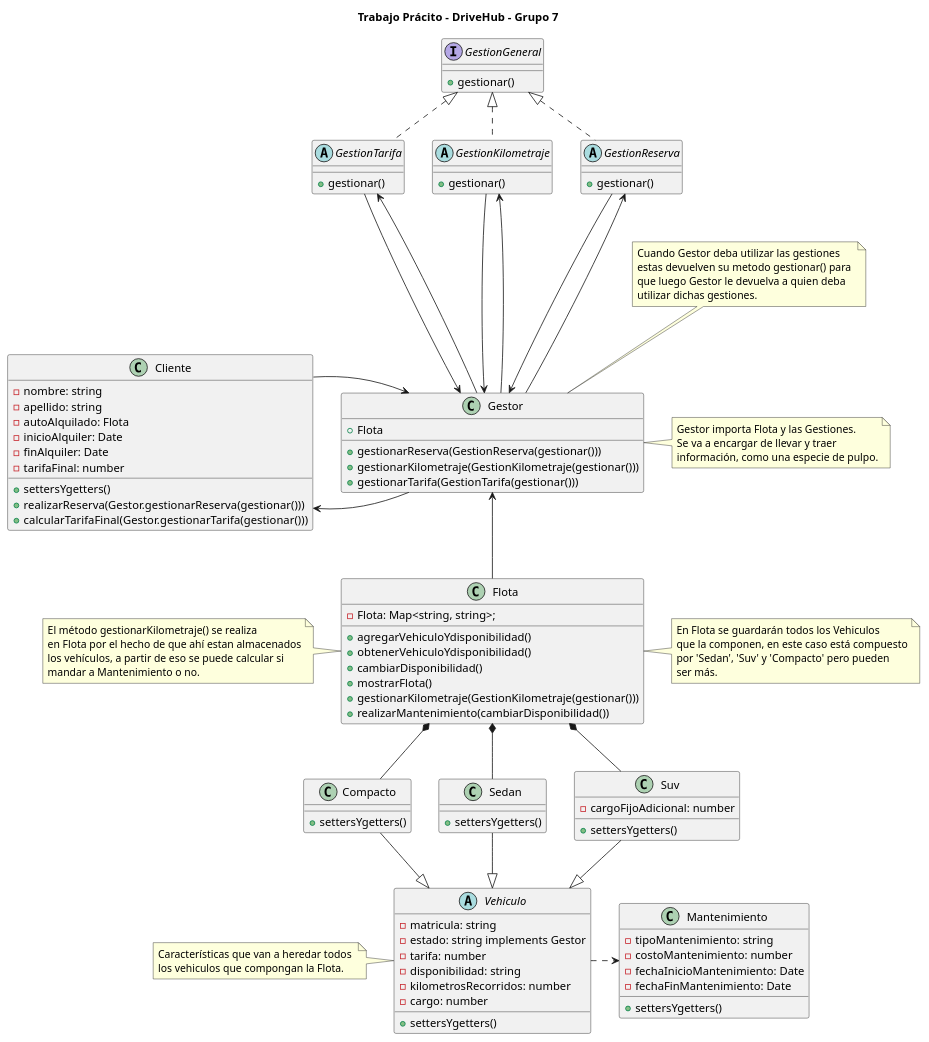
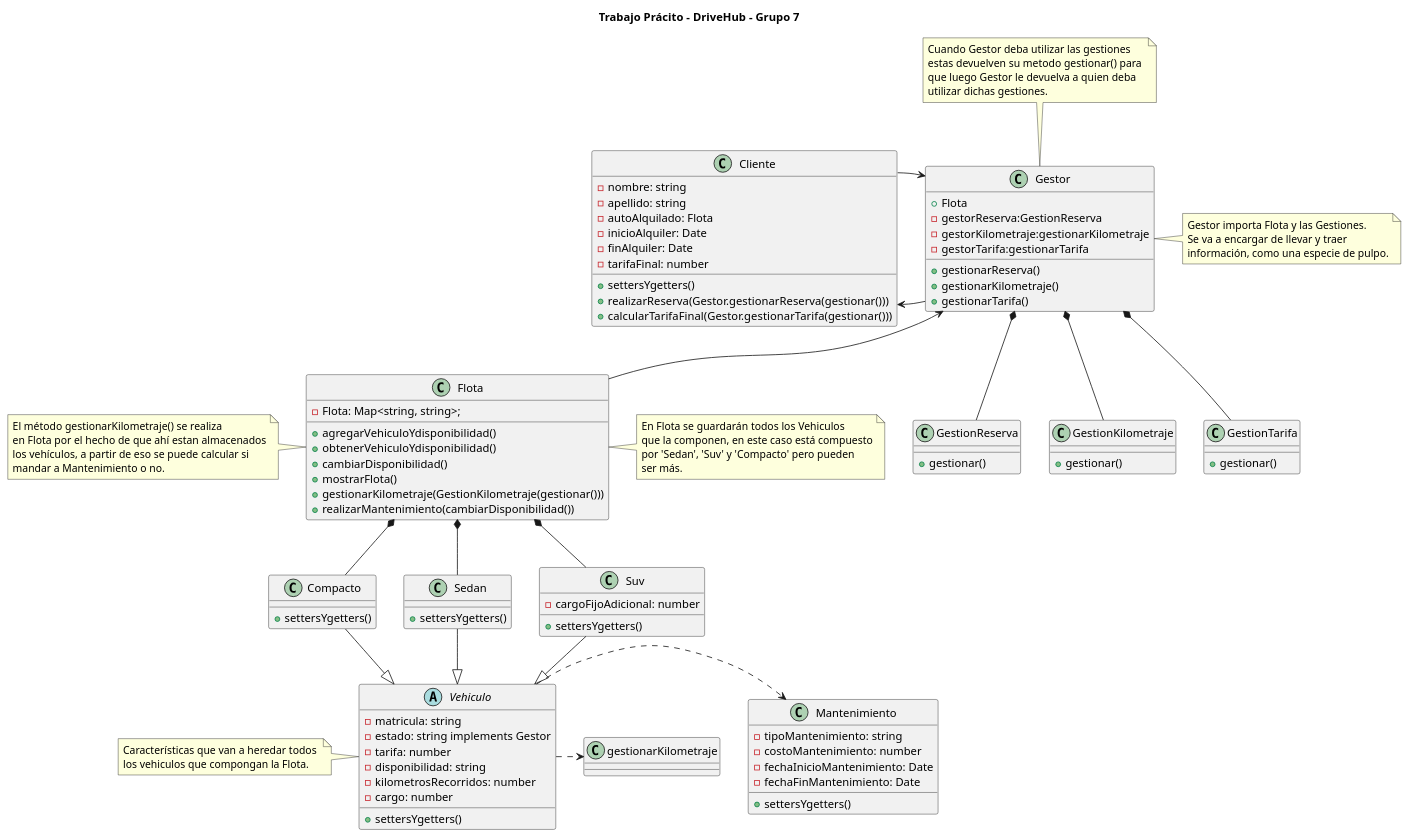
The diagram in diagramaUML/diagramaFlotaVehiculos.puml (antonellaBelenVidela/Programacion2Grupo7), drawn with PlantUML before and after one commit.

Commit message:
cambie el uml de develop

```diff
--- a/diagramaUML/diagramaFlotaVehiculos.puml
+++ b/diagramaUML/diagramaFlotaVehiculos.puml
@@ -1,162 +1,158 @@
 @startuml DriveHub
 
 title "Trabajo Prácito - DriveHub - Grupo 7"
 
 'Clases'
 
 class Cliente{
     - nombre: string
     - apellido: string
     - autoAlquilado: Flota
     - inicioAlquiler: Date
     - finAlquiler: Date
     - tarifaFinal: number
     + settersYgetters()
     + realizarReserva(Gestor.gestionarReserva(gestionar()))
     + calcularTarifaFinal(Gestor.gestionarTarifa(gestionar()))
 }
 
 class Gestor{
     + Flota
-    + gestionarReserva(GestionReserva(gestionar()))
-    + gestionarKilometraje(GestionKilometraje(gestionar()))
-    + gestionarTarifa(GestionTarifa(gestionar()))
+    -gestorReserva:GestionReserva
+    -gestorKilometraje:gestionarKilometraje
+    -gestorTarifa:gestionarTarifa
+    + gestionarReserva()
+    + gestionarKilometraje()
+    + gestionarTarifa()
 }
 
 class Flota{
     'La key es la categoría(Suv, Sedan, Compacto)
     'El valor es su disponibilidad(Está disponible o no para el Cliente)'
     - Flota: Map<string, string>;
     + agregarVehiculoYdisponibilidad()
     + obtenerVehiculoYdisponibilidad()
     + cambiarDisponibilidad()
     + mostrarFlota()
     + gestionarKilometraje(GestionKilometraje(gestionar()))
     + realizarMantenimiento(cambiarDisponibilidad())
 }
 
 abstract class Vehiculo{
     - matricula: string
     - estado: string implements Gestor
     - tarifa: number
     - disponibilidad: string
     - kilometrosRecorridos: number
     - cargo: number
  
     + settersYgetters()
 }
 
 class Compacto{
     + settersYgetters()
 }
 
 class Sedan{
     + settersYgetters()
 }
 
 class Suv{
     - cargoFijoAdicional: number
     + settersYgetters()
 }
 
 class Mantenimiento{
     - tipoMantenimiento: string
     - costoMantenimiento: number
     - fechaInicioMantenimiento: Date
     - fechaFinMantenimiento: Date
 
     + settersYgetters()
 }
 
-abstract class GestionReserva{
+class GestionReserva{
     + gestionar()
 }
 
-abstract class GestionKilometraje{
+ class GestionKilometraje{
     + gestionar()
 }
 
-abstract class GestionTarifa{
+ class GestionTarifa{
     + gestionar()
 }
 
 'Interfaces'
-interface GestionGeneral{
-    + gestionar()
-} 
+
 
 
 'Preguntas:
 
 'Flota Pulpo derivador de Tareas' NO
 'Interfaz Gestor de tarifas' Quizas
 'Biblioteca Moment JS para calculos de fecha' Con Date se puede
 
 
 'Relaciones Flota'
 Flota *-- Sedan
 Flota *-- Suv
 Flota *-- Compacto
 
 'Relaciones Herencia'
 Sedan --|> Vehiculo
 Suv --|> Vehiculo
 Compacto --|> Vehiculo
 
 'Relacion de Implementacion
-GestionReserva .u.|> GestionGeneral
-GestionKilometraje .u.|> GestionGeneral
-GestionTarifa .u.|> GestionGeneral
 
 'Relaciones con Gestor'
 Gestor --l-> Cliente
 Cliente --r-> Gestor
 
-GestionReserva ---> Gestor
-Gestor -u--> GestionReserva
+Gestor *-- GestionReserva
 
-GestionKilometraje ---> Gestor
-Gestor -u--> GestionKilometraje
+Gestor *-- GestionKilometraje
 
-GestionTarifa ---> Gestor
-Gestor -u--> GestionTarifa
+Gestor *--GestionTarifa
 
 Flota -u-> Gestor
 
 'Relaciones de Dependencia'
 Vehiculo .r.> Mantenimiento
+Vehiculo .r.> gestionarKilometraje
 
 'Notas'
 note right of Gestor 
     Gestor importa Flota y las Gestiones. 
     Se va a encargar de llevar y traer 
     información, como una especie de pulpo.
 end note
 
 note top of Gestor
     Cuando Gestor deba utilizar las gestiones
     estas devuelven su metodo gestionar() para 
     que luego Gestor le devuelva a quien deba
     utilizar dichas gestiones.
 end note
 
 note right of Flota
     En Flota se guardarán todos los Vehiculos
     que la componen, en este caso está compuesto
     por 'Sedan', 'Suv' y 'Compacto' pero pueden
     ser más.
 end note
 
 note left of Vehiculo
     Características que van a heredar todos 
     los vehiculos que compongan la Flota.
 end note
 
 note left of Flota
     El método gestionarKilometraje() se realiza
     en Flota por el hecho de que ahí estan almacenados
     los vehículos, a partir de eso se puede calcular si
     mandar a Mantenimiento o no.
 end note
 
 @enduml
```
